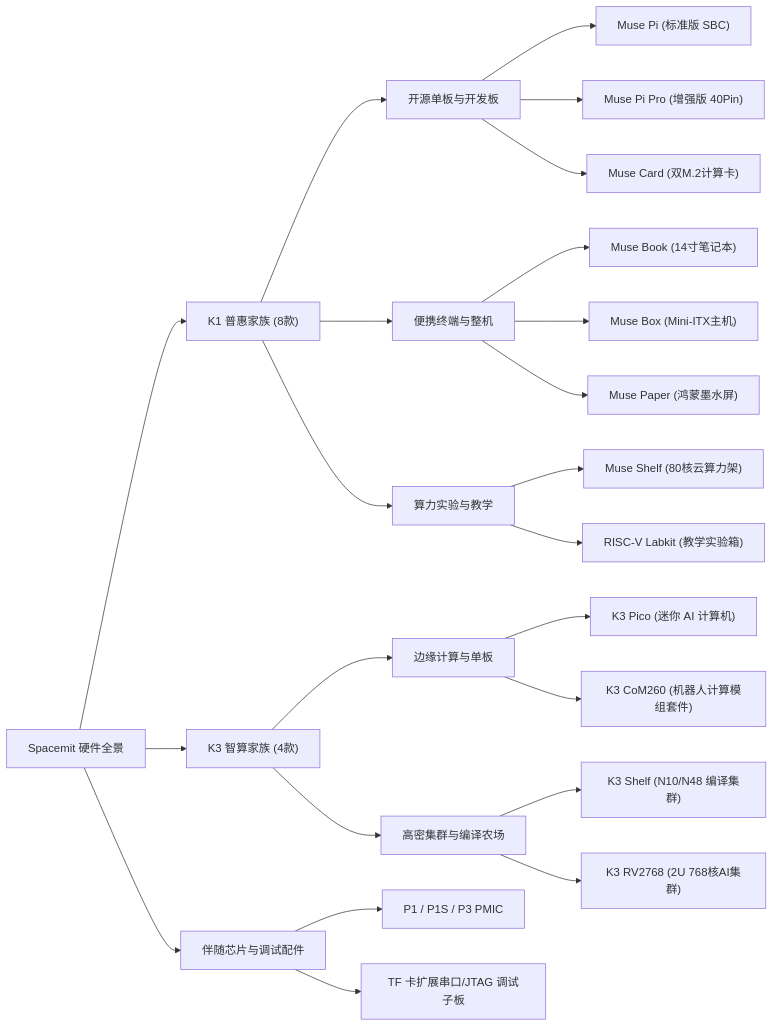
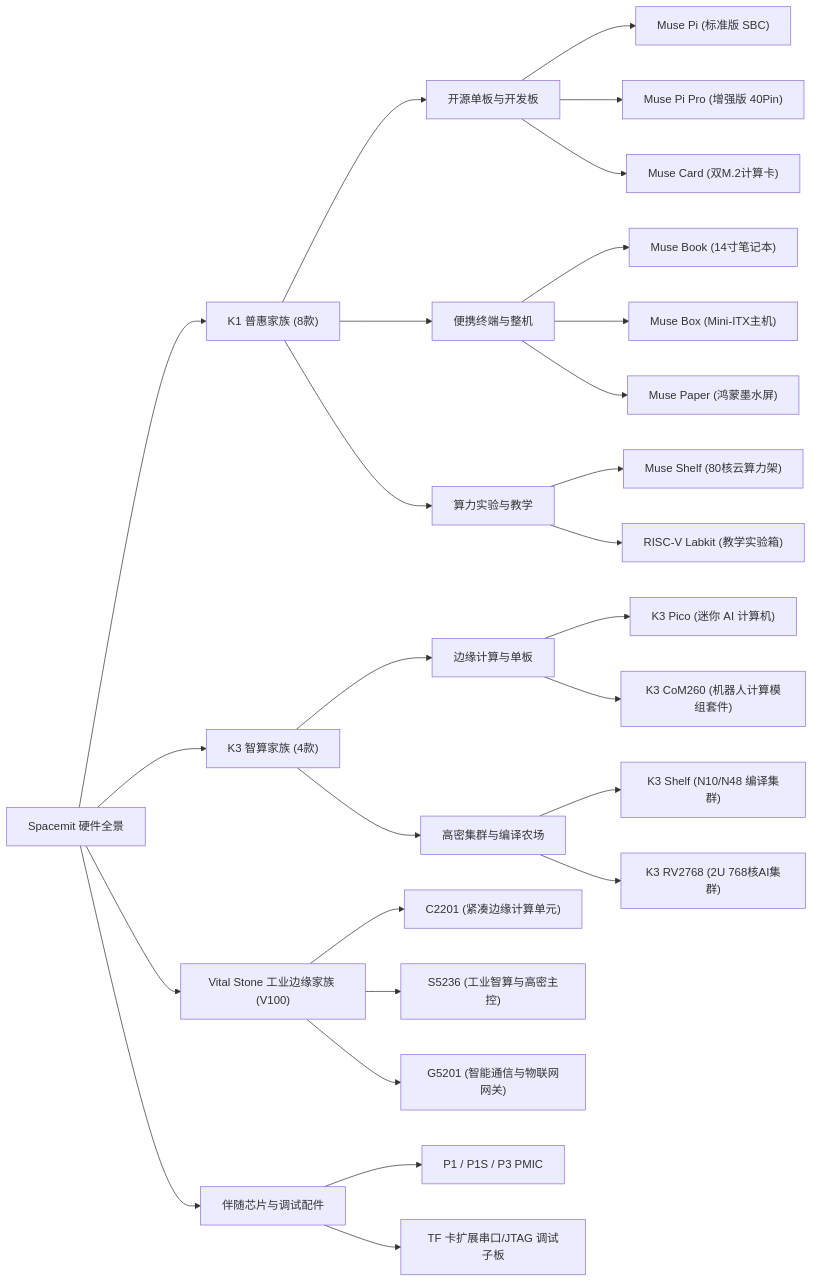
Before and after one commit to bbbicycle/spacemit-LLM-wiki: the second of 3 diagrams in Knowledge_Atoms/Spacemit_产品矩阵与硬件生态全景档案.md, drawn with Mermaid. The commit also changed other lines of this file and 8 other files, not shown here.

Commit message:
feat(upstream-sync): 完成官方文档子模块同步并沉淀 V100/EtherCAT/DRM/ROS2 最新知识图谱

````diff
--- a/Knowledge_Atoms/Spacemit_产品矩阵与硬件生态全景档案.md
+++ b/Knowledge_Atoms/Spacemit_产品矩阵与硬件生态全景档案.md
@@ -57,33 +57,38 @@
 ```mermaid
 flowchart LR
     Spacemit["Spacemit 硬件全景"]
     
     Spacemit --> K1_Fam["K1 普惠家族 (8款)"]
     Spacemit --> K3_Fam["K3 智算家族 (4款)"]
+    Spacemit --> V100_Fam["Vital Stone 工业边缘家族 (V100)"]
     Spacemit --> Acc["伴随芯片与调试配件"]
 
     K1_Fam --> K1_SBC["开源单板与开发板"]
     K1_SBC --> P1["Muse Pi (标准版 SBC)"]
     K1_SBC --> P2["Muse Pi Pro (增强版 40Pin)"]
     K1_SBC --> P3["Muse Card (双M.2计算卡)"]
 
     K1_Fam --> K1_Term["便携终端与整机"]
     K1_Term --> P4["Muse Book (14寸笔记本)"]
     K1_Term --> P5["Muse Box (Mini-ITX主机)"]
     K1_Term --> P6["Muse Paper (鸿蒙墨水屏)"]
 
     K1_Fam --> K1_Cluster["算力实验与教学"]
     K1_Cluster --> P7["Muse Shelf (80核云算力架)"]
     K1_Cluster --> P8["RISC-V Labkit (教学实验箱)"]
 
     K3_Fam --> K3_Edge["边缘计算与单板"]
     K3_Edge --> K3_1["K3 Pico (迷你 AI 计算机)"]
     K3_Edge --> K3_2["K3 CoM260 (机器人计算模组套件)"]
 
     K3_Fam --> K3_Server["高密集群与编译农场"]
     K3_Server --> K3_3["K3 Shelf (N10/N48 编译集群)"]
     K3_Server --> K3_4["K3 RV2768 (2U 768核AI集群)"]
 
+    V100_Fam --> V1["C2201 (紧凑边缘计算单元)"]
+    V100_Fam --> V2["S5236 (工业智算与高密主控)"]
+    V100_Fam --> V3["G5201 (智能通信与物联网网关)"]
+
     Acc --> P1_Chip["P1 / P1S / P3 PMIC"]
     Acc --> TF_Dbg["TF 卡扩展串口/JTAG 调试子板"]
 ```
````
